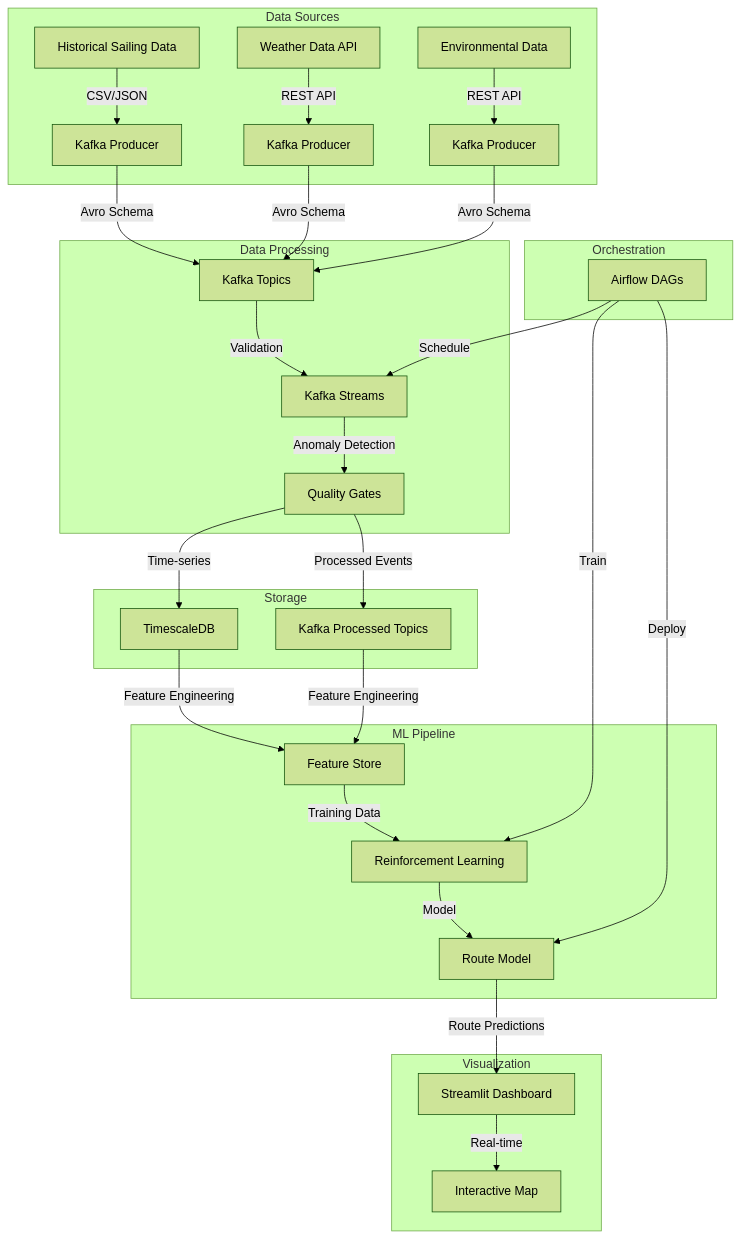
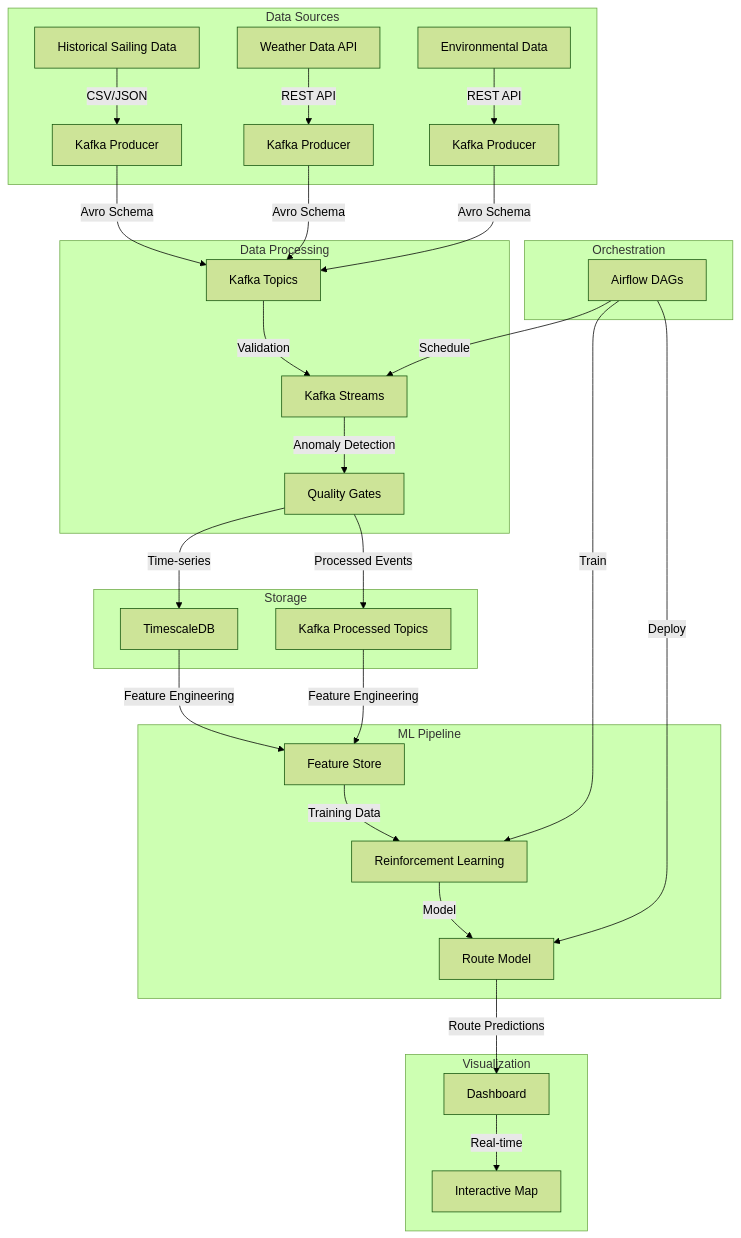
Before and after one commit to zhenXing-fr/smart_boat_sandbox: the diagram in maritime-rl/maritime-rl-exercise.md, drawn with Mermaid (forest theme). The commit also changed other lines of this file and 9 other files, not shown here.

````diff
--- a/maritime-rl/maritime-rl-exercise.md
+++ b/maritime-rl/maritime-rl-exercise.md
@@ -8,36 +8,36 @@
 ```mermaid
 graph TB
     subgraph "Data Sources"
         HD[Historical Sailing Data] -->|"CSV/JSON"| K1[Kafka Producer]
         WD[Weather Data API] -->|"REST API"| K2[Kafka Producer]
         ED[Environmental Data] -->|"REST API"| K3[Kafka Producer]
     end
 
     subgraph "Data Processing"
         K1 & K2 & K3 -->|"Avro Schema"| KR[Kafka Topics]
         KR -->|"Validation"| KS[Kafka Streams]
         KS -->|"Anomaly Detection"| AD[Quality Gates]
     end
 
     subgraph "Storage"
         AD -->|"Time-series"| TSDB[TimescaleDB]
         AD -->|"Processed Events"| PT[Kafka Processed Topics]
     end
 
     subgraph "ML Pipeline"
         TSDB & PT -->|"Feature Engineering"| FE[Feature Store]
         FE -->|"Training Data"| RL[Reinforcement Learning]
         RL -->|"Model"| RM[Route Model]
     end
 
     subgraph "Orchestration"
         AF[Airflow DAGs] -->|"Schedule"| KS
         AF -->|"Train"| RL
         AF -->|"Deploy"| RM
     end
 
     subgraph "Visualization"
-        RM -->|"Route Predictions"| VIZ[Streamlit Dashboard]
+        RM -->|"Route Predictions"| VIZ[Dashboard]
         VIZ -->|"Real-time"| MAP[Interactive Map]
     end
 ```
````
